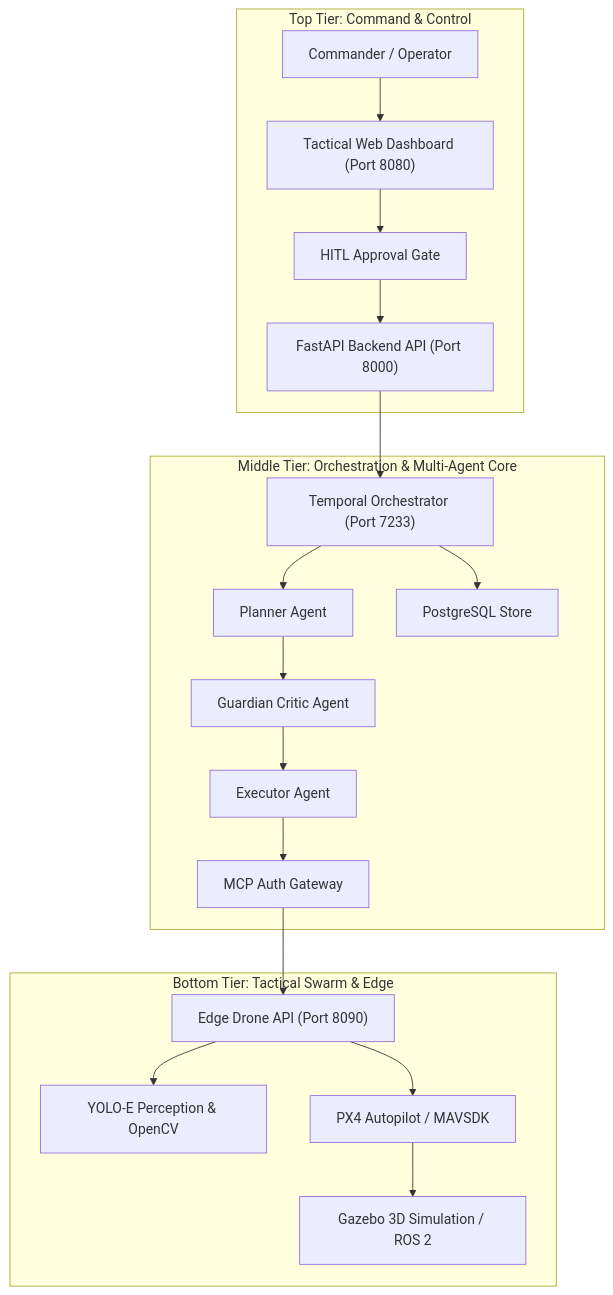
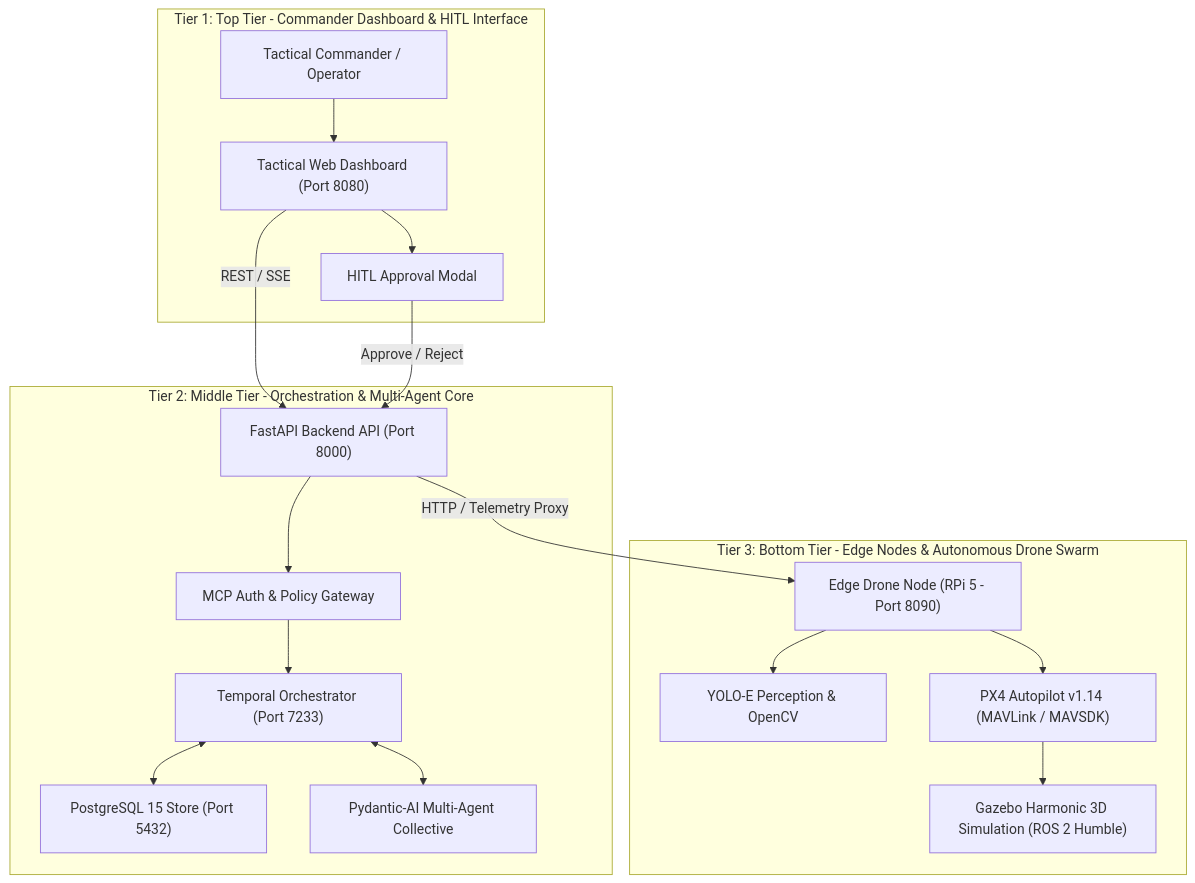
Before and after one commit to dotness/Intent-Swarm-Commander: the second of 2 diagrams in docs/system_architecture.md, drawn with Mermaid. The commit also changed other lines of this file and 8 other files, not shown here.

First line of the commit message:
docs: expand system architecture, data flows, deployment, and DDD models

````diff
--- a/docs/system_architecture.md
+++ b/docs/system_architecture.md
@@ -35,41 +73,38 @@
 ```mermaid
 graph TD
     %% Node Declarations
-    Commander["Commander / Operator"]
+    Commander["Tactical Commander / Operator"]
     Dashboard["Tactical Web Dashboard (Port 8080)"]
-    HITL["HITL Approval Gate"]
-    Backend["FastAPI Backend API (Port 8000)"]
-    Temporal["Temporal Orchestrator (Port 7233)"]
-    AgentPlanner["Planner Agent"]
-    AgentCritic["Guardian Critic Agent"]
-    AgentExec["Executor Agent"]
-    MCPGate["MCP Auth Gateway"]
-    Postgres["PostgreSQL Store"]
-    EdgeAPI["Edge Drone API (Port 8090)"]
-    YoloCV["YOLO-E Perception & OpenCV"]
-    PX4["PX4 Autopilot / MAVSDK"]
-    Gazebo["Gazebo 3D Simulation / ROS 2"]
+    HITLModal["HITL Approval Modal"]
+    FastAPI["FastAPI Backend API (Port 8000)"]
+    TemporalEngine["Temporal Orchestrator (Port 7233)"]
+    PostgreSQL["PostgreSQL 15 Store (Port 5432)"]
+    AgentCore["Pydantic-AI Multi-Agent Collective"]
+    MCPGateway["MCP Auth & Policy Gateway"]
+    EdgeAPI["Edge Drone Node (RPi 5 - Port 8090)"]
+    YoloInference["YOLO-E Perception & OpenCV"]
+    PX4Autopilot["PX4 Autopilot v1.14 (MAVLink / MAVSDK)"]
+    GazeboSim["Gazebo Harmonic 3D Simulation (ROS 2 Humble)"]
 
-    %% Subgraphs and Connections
-    subgraph Tier1 ["Top Tier: Command & Control"]
+    %% Subgraphs
+    subgraph Tier1 ["Tier 1: Top Tier - Commander Dashboard & HITL Interface"]
         Commander --> Dashboard
-        Dashboard --> HITL
-        HITL --> Backend
+        Dashboard --> HITLModal
     end
 
-    subgraph Tier2 ["Middle Tier: Orchestration & Multi-Agent Core"]
-        Backend --> Temporal
-        Temporal --> Postgres
-        Temporal --> AgentPlanner
-        AgentPlanner --> AgentCritic
-        AgentCritic --> AgentExec
-        AgentExec --> MCPGate
+    subgraph Tier2 ["Tier 2: Middle Tier - Orchestration & Multi-Agent Core"]
+        Dashboard -->|"REST / SSE"| FastAPI
+        HITLModal -->|"Approve / Reject"| FastAPI
+        FastAPI --> MCPGateway
+        MCPGateway --> TemporalEngine
+        TemporalEngine <--> PostgreSQL
+        TemporalEngine <--> AgentCore
     end
 
-    subgraph Tier3 ["Bottom Tier: Tactical Swarm & Edge"]
-        MCPGate --> EdgeAPI
-        EdgeAPI --> YoloCV
-        EdgeAPI --> PX4
-        PX4 --> Gazebo
+    subgraph Tier3 ["Tier 3: Bottom Tier - Edge Nodes & Autonomous Drone Swarm"]
+        FastAPI -->|"HTTP / Telemetry Proxy"| EdgeAPI
+        EdgeAPI --> YoloInference
+        EdgeAPI --> PX4Autopilot
+        PX4Autopilot --> GazeboSim
     end
 ```
````
